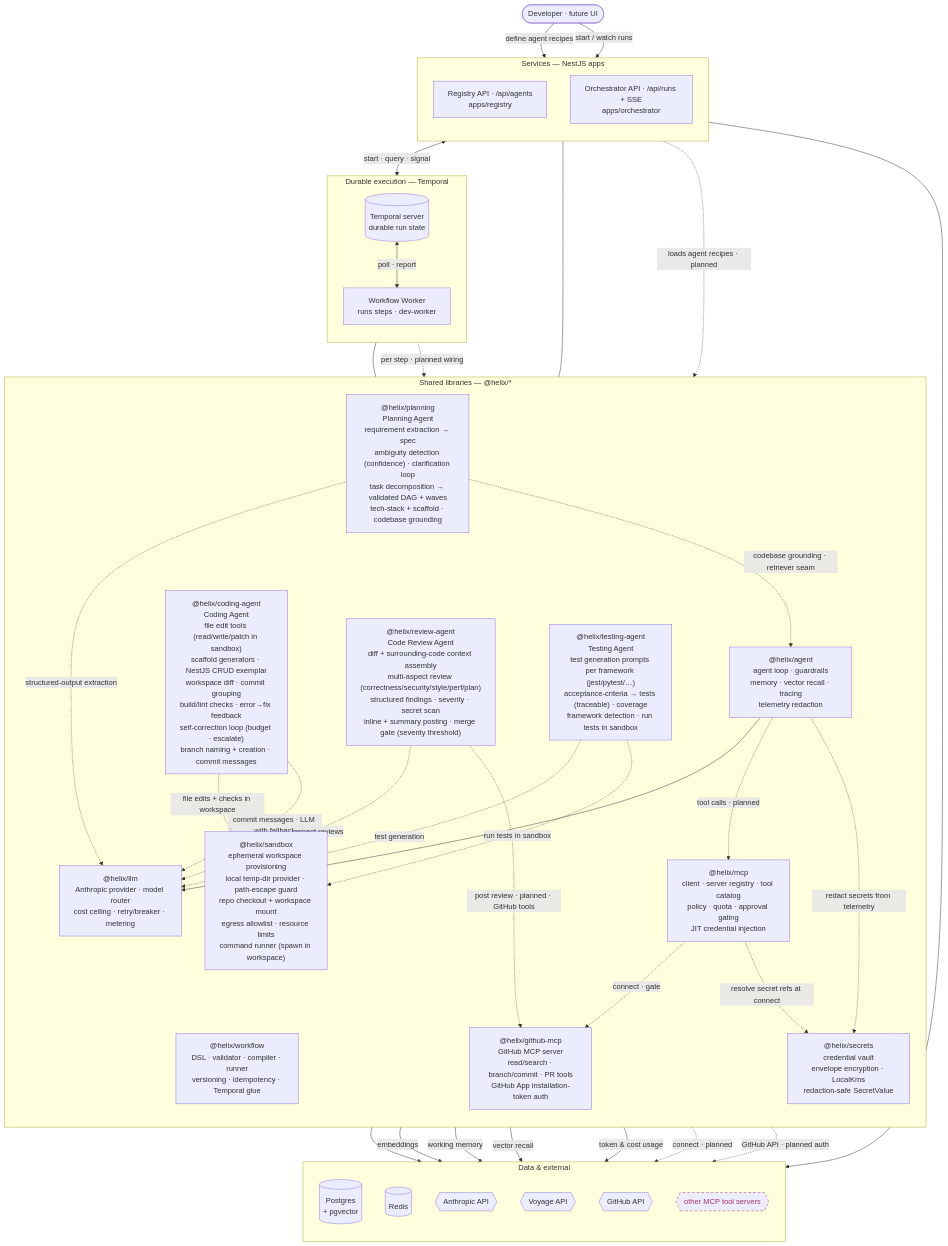
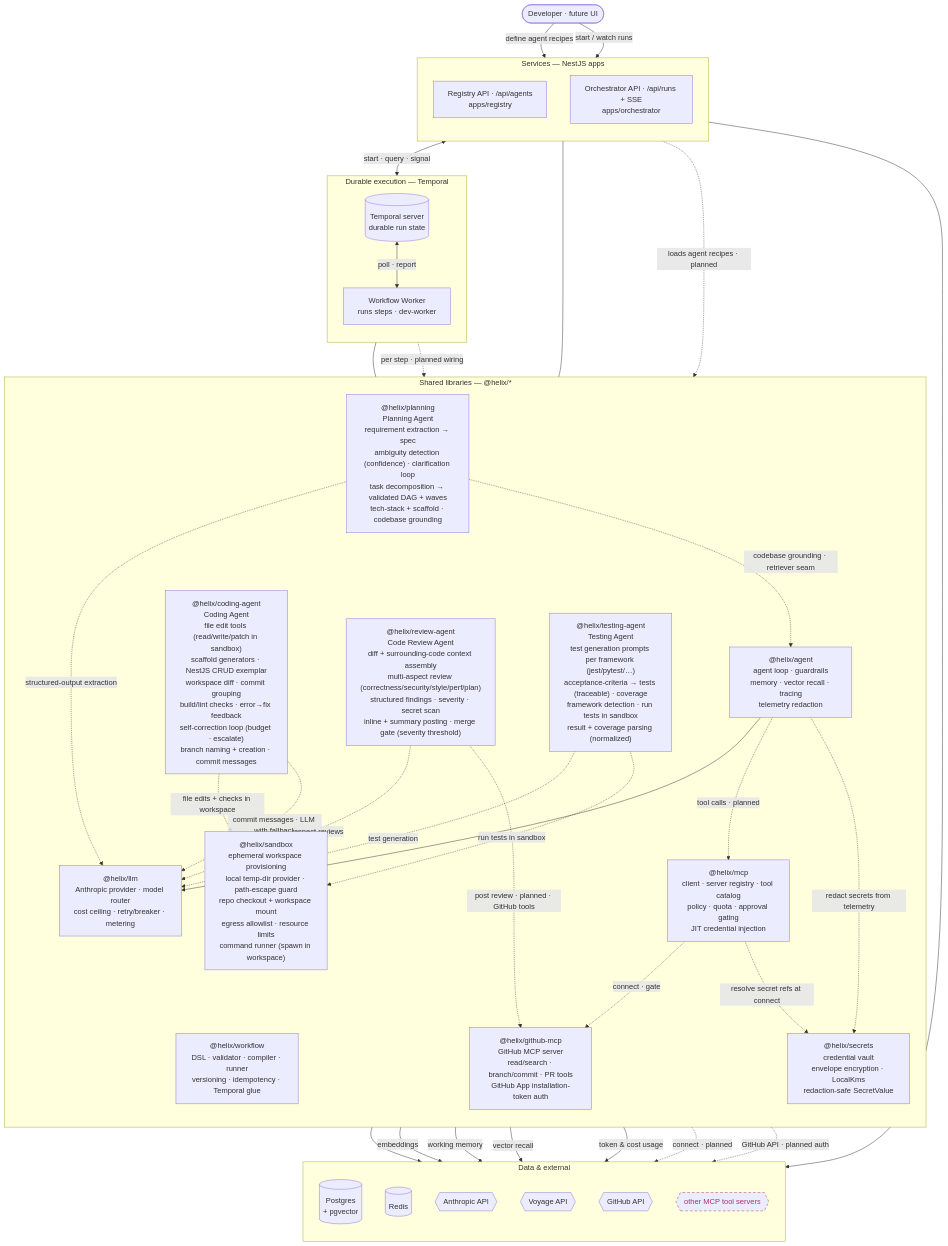
One commit to shhashhank/helix changed the first of 2 diagrams in docs/ARCHITECTURE.md. Above: the diagram before and after it, drawn with Mermaid. The commit also changed 4 other files, not shown here.

First line of the commit message:
HELIX-120: result + coverage parser (#83)

````diff
--- a/docs/ARCHITECTURE.md
+++ b/docs/ARCHITECTURE.md
@@ -16,74 +16,74 @@
 ```mermaid
 flowchart TB
   user([Developer · future UI])
 
   subgraph svc["Services — NestJS apps"]
     direction TB
     reg["Registry API · /api/agents<br/>apps/registry"]
     orc["Orchestrator API · /api/runs + SSE<br/>apps/orchestrator"]
   end
 
   subgraph dur["Durable execution — Temporal"]
     direction TB
     tmp[("Temporal server<br/>durable run state")]
     wkr["Workflow Worker<br/>runs steps · dev-worker"]
   end
 
   subgraph lib["Shared libraries — @helix/*"]
     direction TB
     wf["@helix/workflow<br/>DSL · validator · compiler · runner<br/>versioning · idempotency · Temporal glue"]
     ag["@helix/agent<br/>agent loop · guardrails<br/>memory · vector recall · tracing<br/>telemetry redaction"]
     lm["@helix/llm<br/>Anthropic provider · model router<br/>cost ceiling · retry/breaker · metering"]
     mc["@helix/mcp<br/>client · server registry · tool catalog<br/>policy · quota · approval gating<br/>JIT credential injection"]
     gh["@helix/github-mcp<br/>GitHub MCP server<br/>read/search · branch/commit · PR tools<br/>GitHub App installation-token auth"]
     sec["@helix/secrets<br/>credential vault<br/>envelope encryption · LocalKms<br/>redaction-safe SecretValue"]
     pl["@helix/planning<br/>Planning Agent<br/>requirement extraction → spec<br/>ambiguity detection (confidence) · clarification loop<br/>task decomposition → validated DAG + waves<br/>tech-stack + scaffold · codebase grounding"]
     sbx["@helix/sandbox<br/>ephemeral workspace provisioning<br/>local temp-dir provider · path-escape guard<br/>repo checkout + workspace mount<br/>egress allowlist · resource limits<br/>command runner (spawn in workspace)"]
     cag["@helix/coding-agent<br/>Coding Agent<br/>file edit tools (read/write/patch in sandbox)<br/>scaffold generators · NestJS CRUD exemplar<br/>workspace diff · commit grouping<br/>build/lint checks · error→fix feedback<br/>self-correction loop (budget · escalate)<br/>branch naming + creation · commit messages"]
     rev["@helix/review-agent<br/>Code Review Agent<br/>diff + surrounding-code context assembly<br/>multi-aspect review (correctness/security/style/perf/plan)<br/>structured findings · severity · secret scan<br/>inline + summary posting · merge gate (severity threshold)"]
-    tst["@helix/testing-agent<br/>Testing Agent<br/>test generation prompts per framework (jest/pytest/…)<br/>acceptance-criteria → tests (traceable) · coverage<br/>framework detection · run tests in sandbox"]
+    tst["@helix/testing-agent<br/>Testing Agent<br/>test generation prompts per framework (jest/pytest/…)<br/>acceptance-criteria → tests (traceable) · coverage<br/>framework detection · run tests in sandbox<br/>result + coverage parsing (normalized)"]
   end
 
   subgraph dat["Data & external"]
     direction TB
     pg[("Postgres<br/>+ pgvector")]
     rd[("Redis")]
     an{{Anthropic API}}
     vo{{Voyage API}}
     gha{{GitHub API}}
     ext{{other MCP tool servers}}
   end
 
   user -->|define agent recipes| reg
   user -->|start / watch runs| orc
   reg --> pg
   orc <-->|start · query · signal| tmp
   tmp <-->|poll · report| wkr
   wkr --- wf
   orc --- wf
   wkr -.->|per step · planned wiring| ag
   reg -.->|loads agent recipes · planned| ag
   ag --> lm
   ag -.->|tool calls · planned| mc
   lm --> an
   ag -->|embeddings| vo
   ag -->|working memory| rd
   ag -->|vector recall| pg
   lm -->|token & cost usage| pg
   mc -.->|connect · gate| gh
   mc -.->|connect · planned| ext
   mc -.->|resolve secret refs at connect| sec
   ag -.->|redact secrets from telemetry| sec
   pl -.->|structured-output extraction| lm
   pl -.->|codebase grounding · retriever seam| ag
   cag -.->|file edits + checks in workspace| sbx
   cag -.->|commit messages · LLM with fallback| lm
   rev -.->|aspect reviews| lm
   tst -.->|test generation| lm
   tst -.->|run tests in sandbox| sbx
   rev -.->|post review · planned · GitHub tools| gh
   gh -.->|GitHub API · planned auth| gha
 
   classDef planned stroke-dasharray:6 4,stroke:#a36,color:#a36;
   class ext planned;
 ```
````
